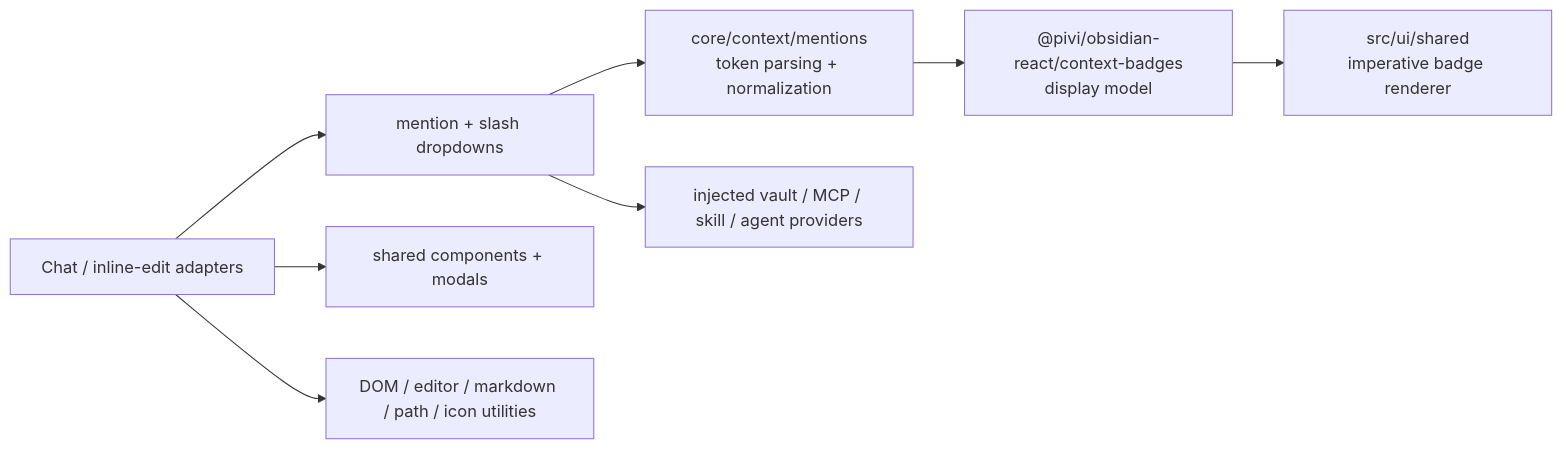
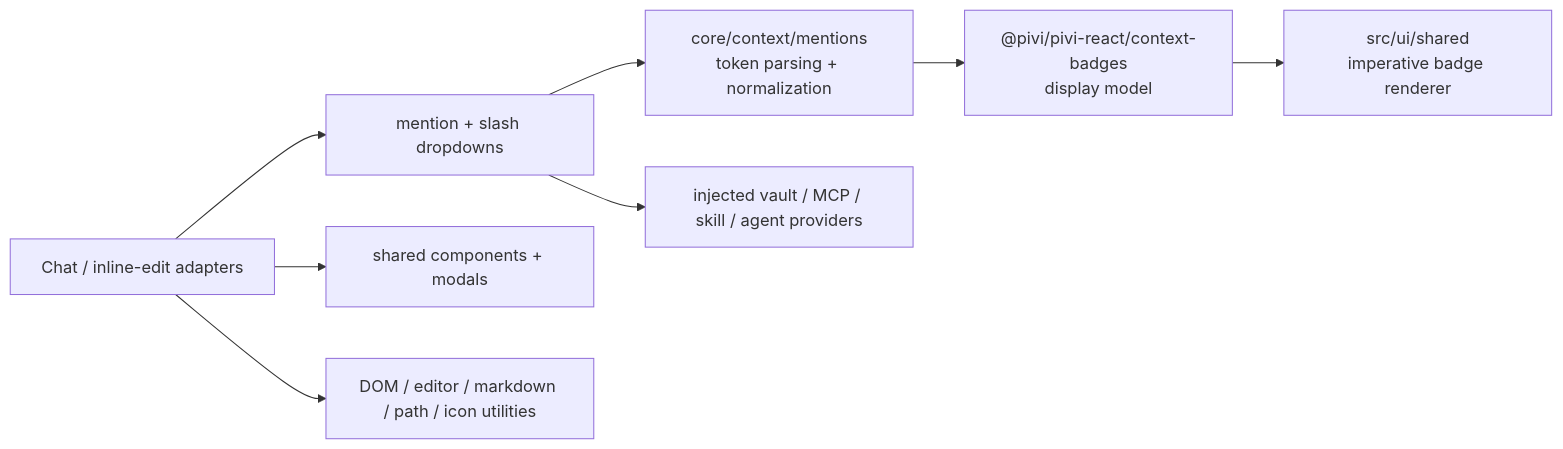
The diagram in src/ui/shared/AGENTS.md (shuuul/obsidian-pivi), drawn with Mermaid before and after one commit. The commit also changed 290 other files, not shown here.

First line of the commit message:
refactor(architecture): make React UI product-owned

````diff
--- a/src/ui/shared/AGENTS.md
+++ b/src/ui/shared/AGENTS.md
@@ -11,10 +11,10 @@
 ```mermaid
 flowchart LR
   Consumers["Chat / inline-edit adapters"] --> Inputs["mention + slash dropdowns"]
   Inputs --> Parser["core/context/mentions<br/>token parsing + normalization"]
-  Parser --> Badges["@pivi/obsidian-react/context-badges<br/>display model"]
+  Parser --> Badges["@pivi/pivi-react/context-badges<br/>display model"]
   Badges --> Renderer["src/ui/shared<br/>imperative badge renderer"]
   Inputs --> Providers["injected vault / MCP / skill / agent providers"]
   Consumers --> Common["shared components + modals"]
   Consumers --> Utils["DOM / editor / markdown / path / icon utilities"]
 ```
````
